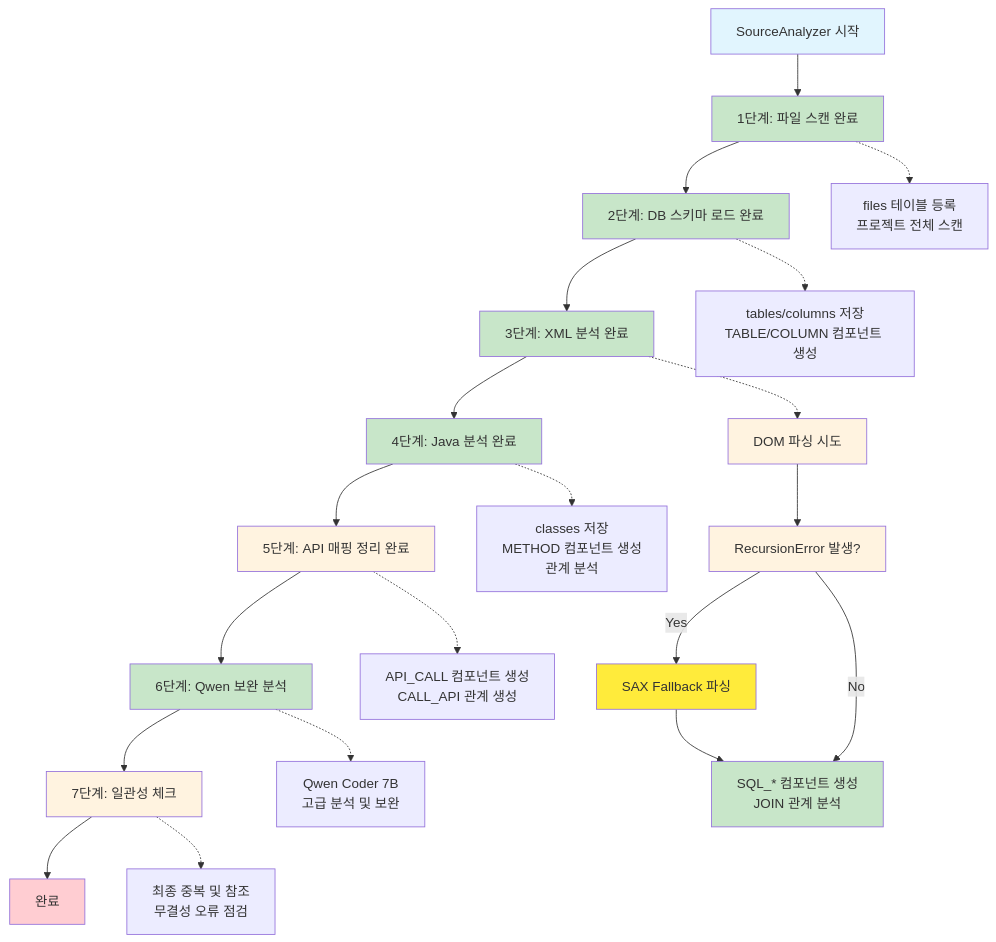
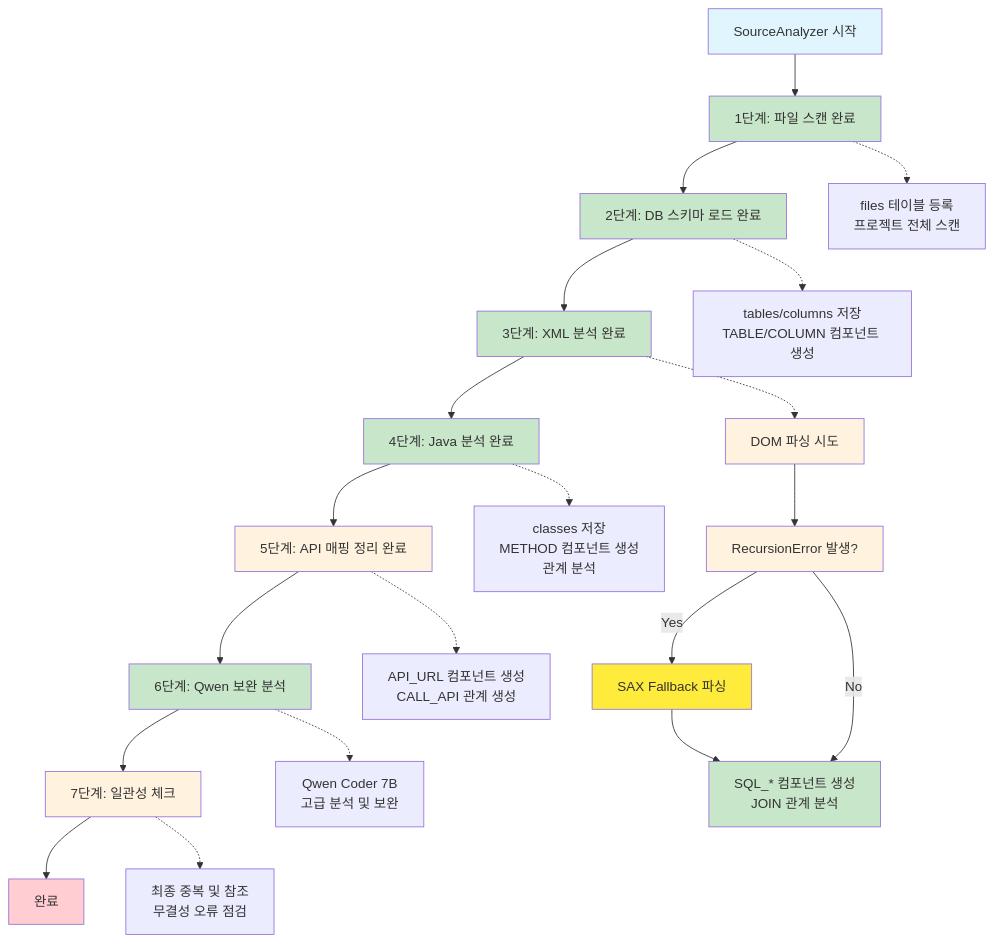
Before and after one commit to kumtaek/CreateMetaDb: the diagram in docs/03_처리_플로우_개요.md, drawn with Mermaid. The commit also changed other lines of this file and 6 other files, not shown here.

````diff
--- a/docs/03_처리_플로우_개요.md
+++ b/docs/03_처리_플로우_개요.md
@@ -15,38 +15,38 @@
 ```mermaid
 flowchart TD
     A[SourceAnalyzer 시작] --> B[1단계: 파일 스캔 완료]
     B --> C[2단계: DB 스키마 로드 완료]
     C --> D[3단계: XML 분석 완료]
     D --> E[4단계: Java 분석 완료]
     E --> F[5단계: API 매핑 정리 완료]
     F --> G[6단계: Qwen 보완 분석]
     G --> H[7단계: 일관성 체크]
     H --> I[완료]
     
     B -.-> B1[files 테이블 등록\n프로젝트 전체 스캔]
     C -.-> C1[tables/columns 저장\nTABLE/COLUMN 컴포넌트 생성]
     D -.-> D1["DOM 파싱 시도"]
     D1 --> D2["RecursionError 발생?"]
     D2 -->|Yes| D3["SAX Fallback 파싱"]
     D2 -->|No| D4[SQL_* 컴포넌트 생성\nJOIN 관계 분석]
     D3 --> D4
     E -.-> E1[classes 저장\nMETHOD 컴포넌트 생성\n관계 분석]
-    F -.-> F1[API_CALL 컴포넌트 생성\nCALL_API 관계 생성]
+    F -.-> F1[API_URL 컴포넌트 생성\nCALL_API 관계 생성]
     G -.-> G1[Qwen Coder 7B\n고급 분석 및 보완]
     H -.-> H1[최종 중복 및 참조\n무결성 오류 점검]
     
     style A fill:#e1f5fe
     style I fill:#c8e6c9
     style B fill:#c8e6c9
     style C fill:#c8e6c9
     style D fill:#c8e6c9
     style D1 fill:#fff3e0
     style D2 fill:#fff3e0
     style D3 fill:#ffeb3b
     style D4 fill:#c8e6c9
     style E fill:#c8e6c9
     style F fill:#fff3e0
     style G fill:#c8e6c9
     style H fill:#fff3e0
     style I fill:#ffcdd2
 ```
````
